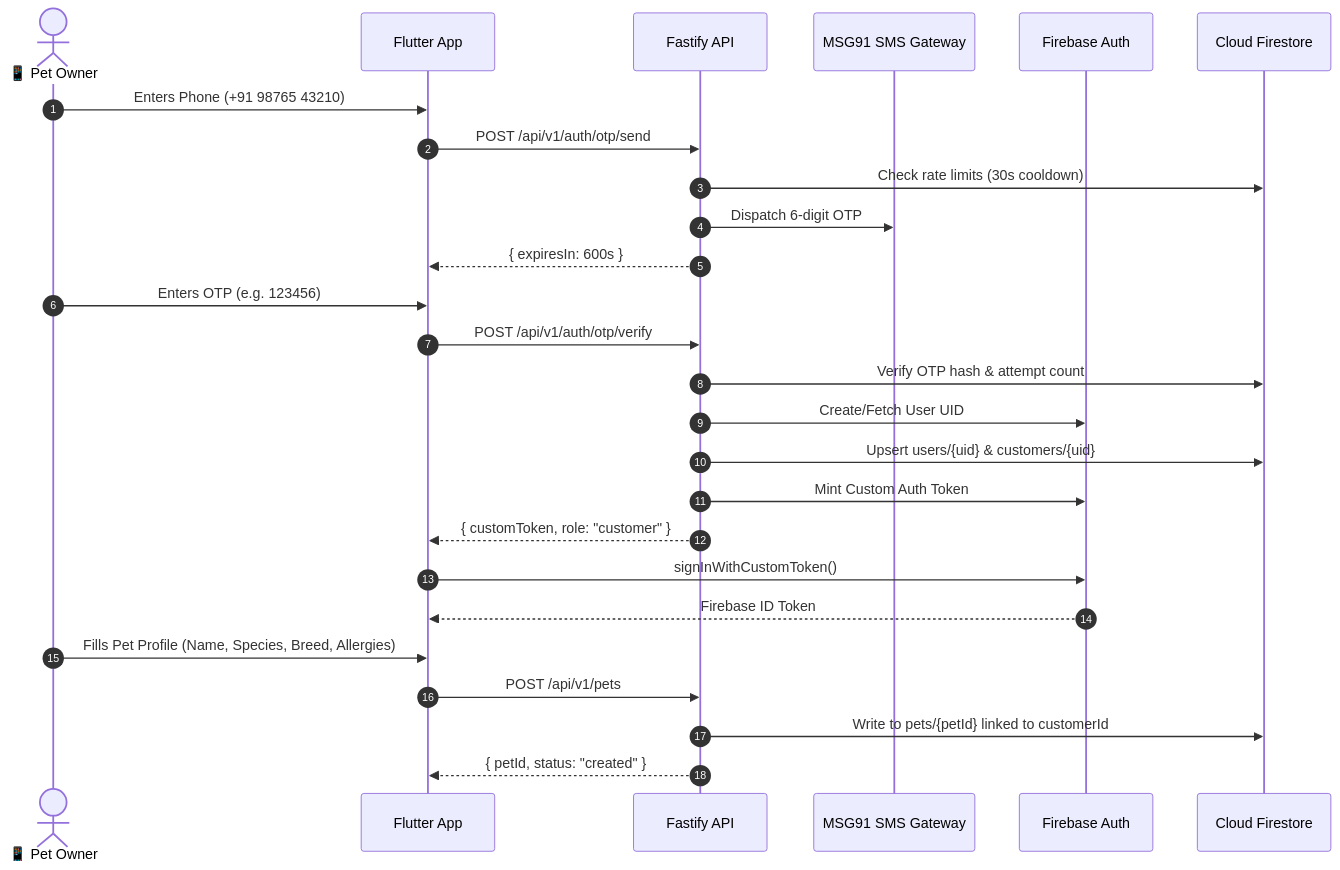
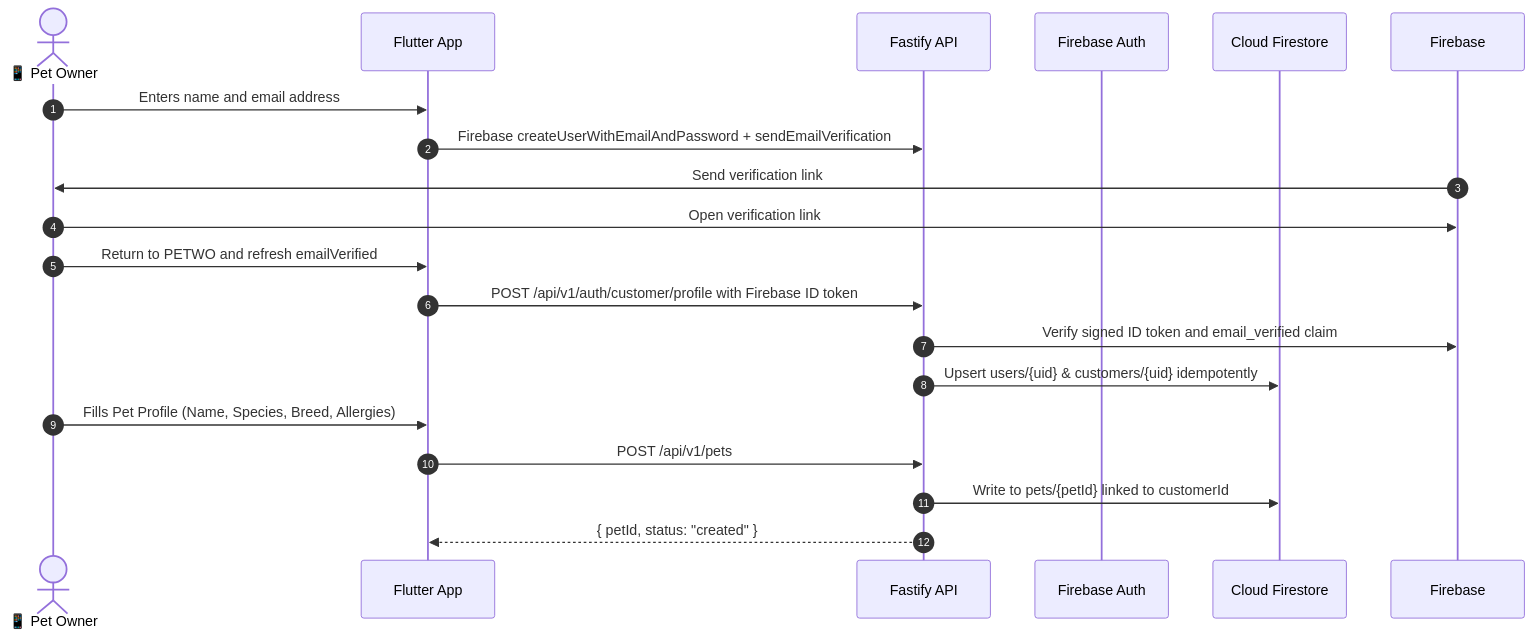
Before and after one commit to bathi2389-code/petwo: the first of 15 diagrams in docs/WORKFLOWS.md, drawn with Mermaid. The commit also changed 87 other files, not shown here.

Commit message:
Implement Firebase email verification and auth hardening

````diff
--- a/docs/WORKFLOWS.md
+++ b/docs/WORKFLOWS.md
@@ -9,31 +9,24 @@
 ```mermaid
 sequenceDiagram
     autonumber
     actor Customer as 📱 Pet Owner
     participant App as Flutter App
     participant Gateway as Fastify API
-    participant SMS as MSG91 SMS Gateway
     participant Auth as Firebase Auth
     participant DB as Cloud Firestore
 
-    Customer->>App: Enters Phone (+91 98765 43210)
-    App->>Gateway: POST /api/v1/auth/otp/send
-    Gateway->>DB: Check rate limits (30s cooldown)
-    Gateway->>SMS: Dispatch 6-digit OTP
-    Gateway-->>App: { expiresIn: 600s }
+    Customer->>App: Enters name and email address
+    App->>Gateway: Firebase createUserWithEmailAndPassword + sendEmailVerification
+    Firebase->>Customer: Send verification link
+    Customer->>Firebase: Open verification link
 
-    Customer->>App: Enters OTP (e.g. 123456)
-    App->>Gateway: POST /api/v1/auth/otp/verify
-    Gateway->>DB: Verify OTP hash & attempt count
-    Gateway->>Auth: Create/Fetch User UID
-    Gateway->>DB: Upsert users/{uid} & customers/{uid}
-    Gateway->>Auth: Mint Custom Auth Token
-    Gateway-->>App: { customToken, role: "customer" }
-    App->>Auth: signInWithCustomToken()
-    Auth-->>App: Firebase ID Token
+    Customer->>App: Return to PETWO and refresh emailVerified
+    App->>Gateway: POST /api/v1/auth/customer/profile with Firebase ID token
+    Gateway->>Firebase: Verify signed ID token and email_verified claim
+    Gateway->>DB: Upsert users/{uid} & customers/{uid} idempotently
 
     Customer->>App: Fills Pet Profile (Name, Species, Breed, Allergies)
     App->>Gateway: POST /api/v1/pets
     Gateway->>DB: Write to pets/{petId} linked to customerId
     Gateway-->>App: { petId, status: "created" }
 ```
````
